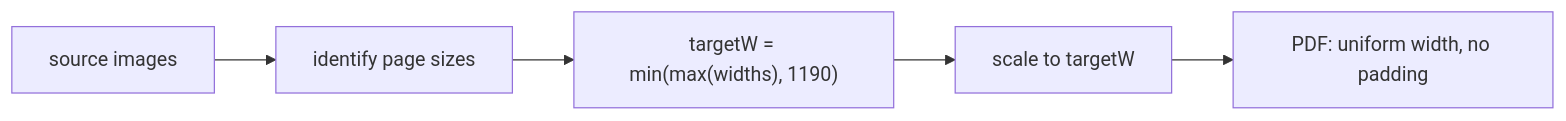
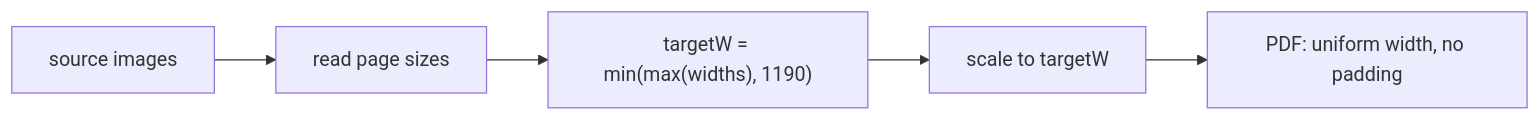
One commit to aDarkMaker/JMFM changed the diagram in docs/en/architecture/pdf.md. Above: the diagram before and after it, drawn with Mermaid. The commit also changed other lines of this file and 27 other files, not shown here.

Commit message:
docs: migrate architecture docs to capacitor stack

````diff
--- a/docs/en/architecture/pdf.md
+++ b/docs/en/architecture/pdf.md
@@ -20,7 +20,7 @@
 ```mermaid
 flowchart LR
-    imgs["source images"] --> sizes["identify page sizes"]
+    imgs["source images"] --> sizes["read page sizes"]
     sizes --> target["targetW = min(max(widths), 1190)"]
     target --> resize["scale to targetW"]
     resize --> pdf["PDF: uniform width, no padding"]
 ```
````
